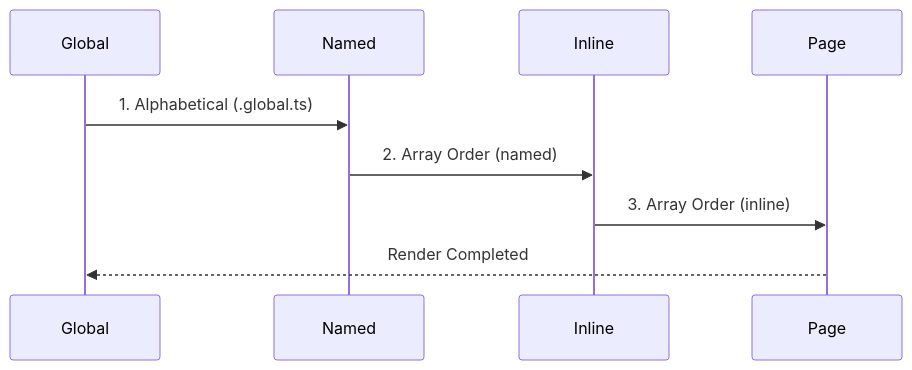
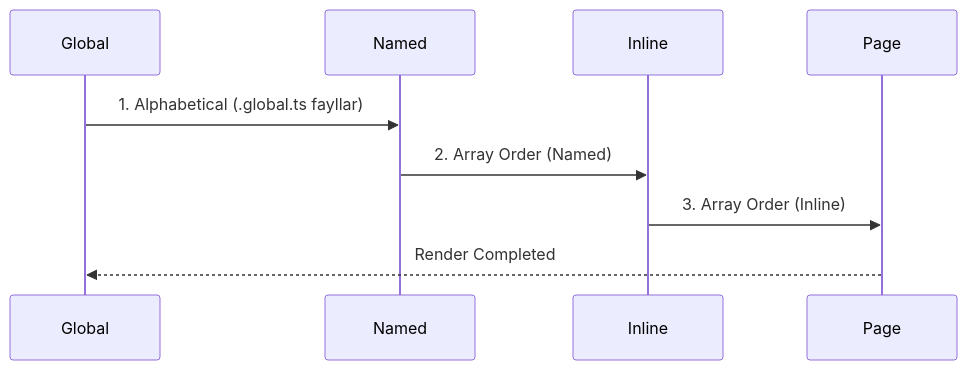
Before and after one commit to nusretoglu/senior-frontend-roadmap: the diagram in docs/06-nuxt/03-middleware.md, drawn with Mermaid. The commit also changed other lines of this file and 143 other files, not shown here.

````diff
--- a/docs/06-nuxt/03-middleware.md
+++ b/docs/06-nuxt/03-middleware.md
@@ -43,12 +101,12 @@
 ```mermaid
 sequenceDiagram
     participant G as Global
     participant N as Named
     participant I as Inline
     participant P as Page
     
-    G->>N: 1. Alphabetical (.global.ts)
-    N->>I: 2. Array Order (named)
-    I->>P: 3. Array Order (inline)
+    G->>N: 1. Alphabetical (.global.ts fayllar)
+    N->>I: 2. Array Order (Named)
+    I->>P: 3. Array Order (Inline)
     P-->>G: Render Completed
 ```
````
